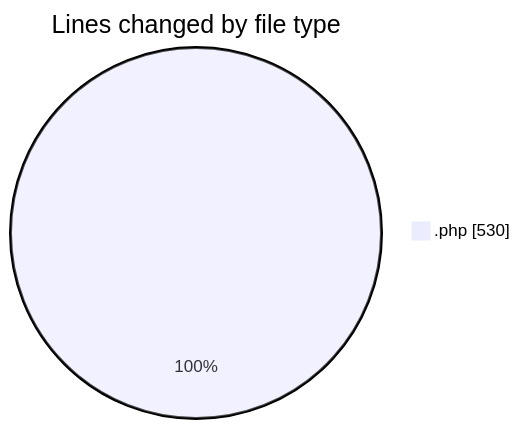
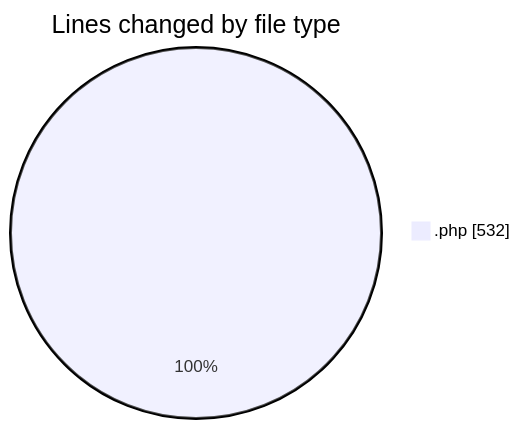
Before and after one commit to vahidmafi/code-tracking: the first of 2 diagrams in 2025-06-20/zeytoon/README.md, drawn with Mermaid. The commit also changed other lines of this file and 1 other file, not shown here.

````diff
--- a/2025-06-20/zeytoon/README.md
+++ b/2025-06-20/zeytoon/README.md
@@ -20,5 +20,5 @@
 ```mermaid
 pie showData
 title Lines changed by file type
-".php" : 530
+".php" : 532
 ```
````
